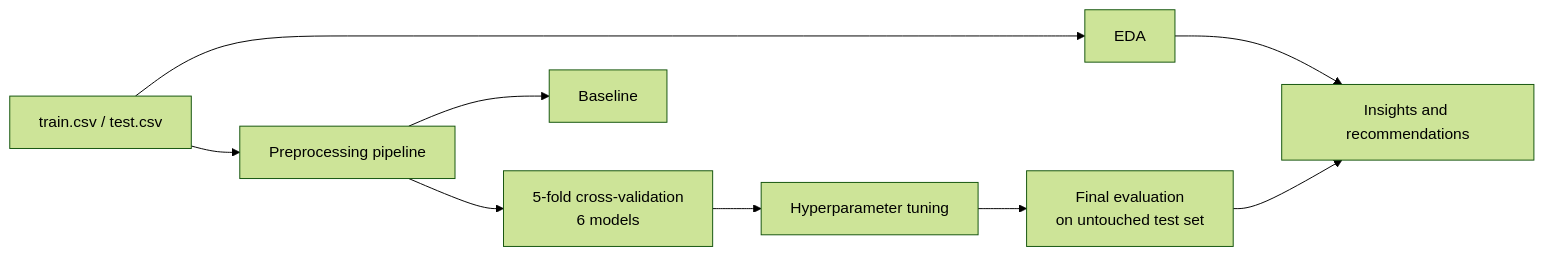
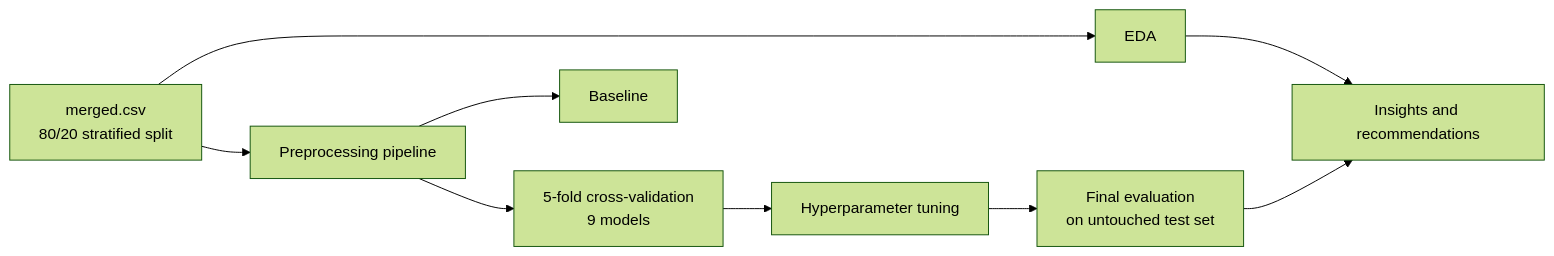
Before and after one commit to jannatrizwan0808-jpg/Employee-Attrition-: the diagram in README.md, drawn with Mermaid (forest theme). The commit also changed other lines of this file and 1 other file, not shown here.

````diff
--- a/README.md
+++ b/README.md
@@ -98,11 +98,11 @@
 ```mermaid
 flowchart LR
-    A[train.csv / test.csv] --> B[EDA]
+    A[merged.csv<br/>80/20 stratified split] --> B[EDA]
     A --> C[Preprocessing pipeline]
     C --> D[Baseline]
-    C --> E[5-fold cross-validation<br/>6 models]
+    C --> E[5-fold cross-validation<br/>9 models]
     E --> F[Hyperparameter tuning]
     F --> G[Final evaluation<br/>on untouched test set]
     B --> H[Insights and recommendations]
     G --> H
 ```
````
